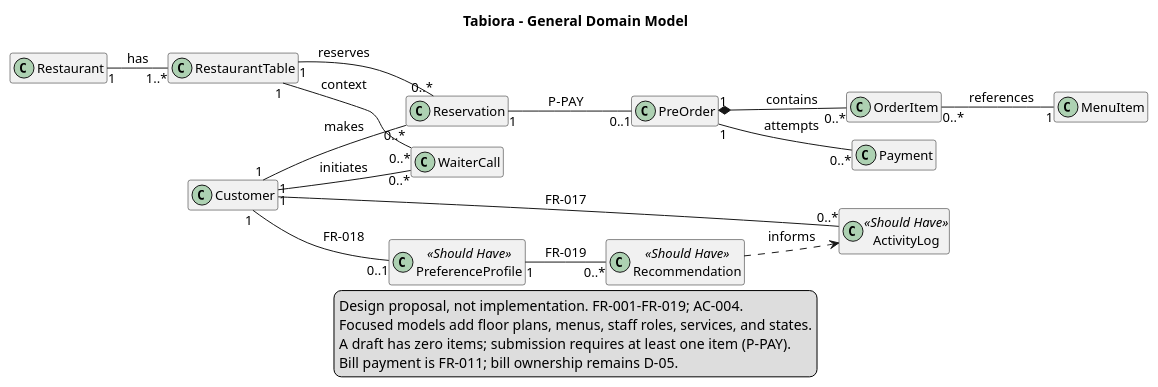
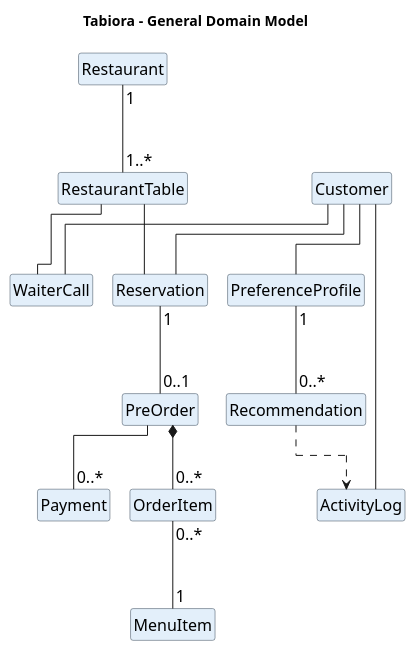
The diagram in assets/diagrams/domain-class-diagram/domain-class-diagram.puml (AlexToday111/Tabiora), drawn with PlantUML before and after one commit. The commit also changed 27 other files, not shown here.

Commit message:
Update UML diagrams for Labs 4, 6, 7 and 8

```diff
--- a/assets/diagrams/domain-class-diagram/domain-class-diagram.puml
+++ b/assets/diagrams/domain-class-diagram/domain-class-diagram.puml
@@ -1,45 +1,43 @@
 @startuml
-!pragma layout smetana
+!pragma layout elk
 title Tabiora - General Domain Model
 skinparam shadowing false
+skinparam linetype ortho
 skinparam defaultFontName SansSerif
-skinparam defaultFontSize 13
+skinparam defaultFontSize 16
 skinparam classAttributeIconSize 0
+skinparam classBackgroundColor #E3EFFA
+skinparam classBorderColor #344455
 skinparam packageStyle rectangle
 hide empty members
+hide circle
 
 left to right direction
-skinparam nodesep 40
-skinparam ranksep 55
+skinparam nodesep 22
+skinparam ranksep 30
 class Customer
 class Restaurant
 class RestaurantTable
 class MenuItem
 class Reservation
 class PreOrder
 class OrderItem
 class Payment
 class WaiterCall
-class ActivityLog <<Should Have>>
-class PreferenceProfile <<Should Have>>
-class Recommendation <<Should Have>>
-Restaurant "1" -- "1..*" RestaurantTable : has
-Customer "1" -- "0..*" Reservation : makes
-RestaurantTable "1" -- "0..*" Reservation : reserves
-Reservation "1" -- "0..1" PreOrder : P-PAY
-PreOrder "1" *-- "0..*" OrderItem : contains
-OrderItem "0..*" -- "1" MenuItem : references
-PreOrder "1" -- "0..*" Payment : attempts
-Customer "1" -- "0..*" WaiterCall : initiates
-RestaurantTable "1" -- "0..*" WaiterCall : context
-Customer "1" -- "0..*" ActivityLog : FR-017
-Customer "1" -- "0..1" PreferenceProfile : FR-018
-PreferenceProfile "1" -- "0..*" Recommendation : FR-019
-Recommendation ..> ActivityLog : informs
-legend bottom
-Design proposal, not implementation. FR-001-FR-019; AC-004.
-Focused models add floor plans, menus, staff roles, services, and states.
-A draft has zero items; submission requires at least one item (P-PAY).
-Bill payment is FR-011; bill ownership remains D-05.
-endlegend
+class ActivityLog
+class PreferenceProfile
+class Recommendation
+Restaurant "1" -- "1..*" RestaurantTable
+Customer -- Reservation
+RestaurantTable -- Reservation
+Reservation "1" -- "0..1" PreOrder
+PreOrder *-- "0..*" OrderItem
+OrderItem "0..*" -- "1" MenuItem
+PreOrder -- "0..*" Payment
+Customer -- WaiterCall
+RestaurantTable -- WaiterCall
+Customer -- ActivityLog
+Customer -- PreferenceProfile
+PreferenceProfile "1" -- "0..*" Recommendation
+Recommendation ..> ActivityLog
 @enduml
```
